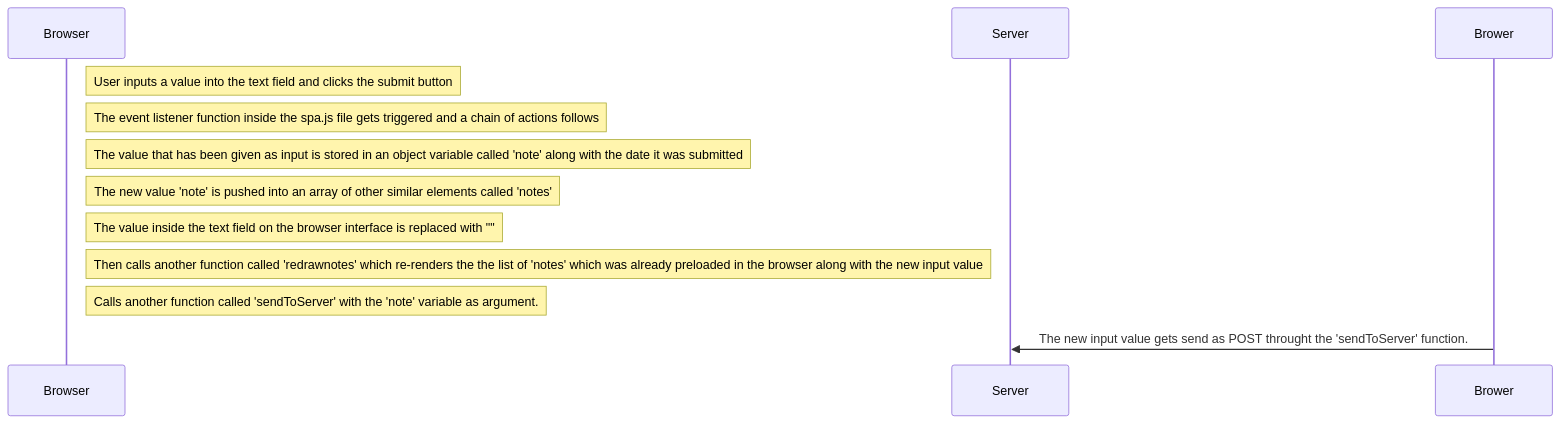
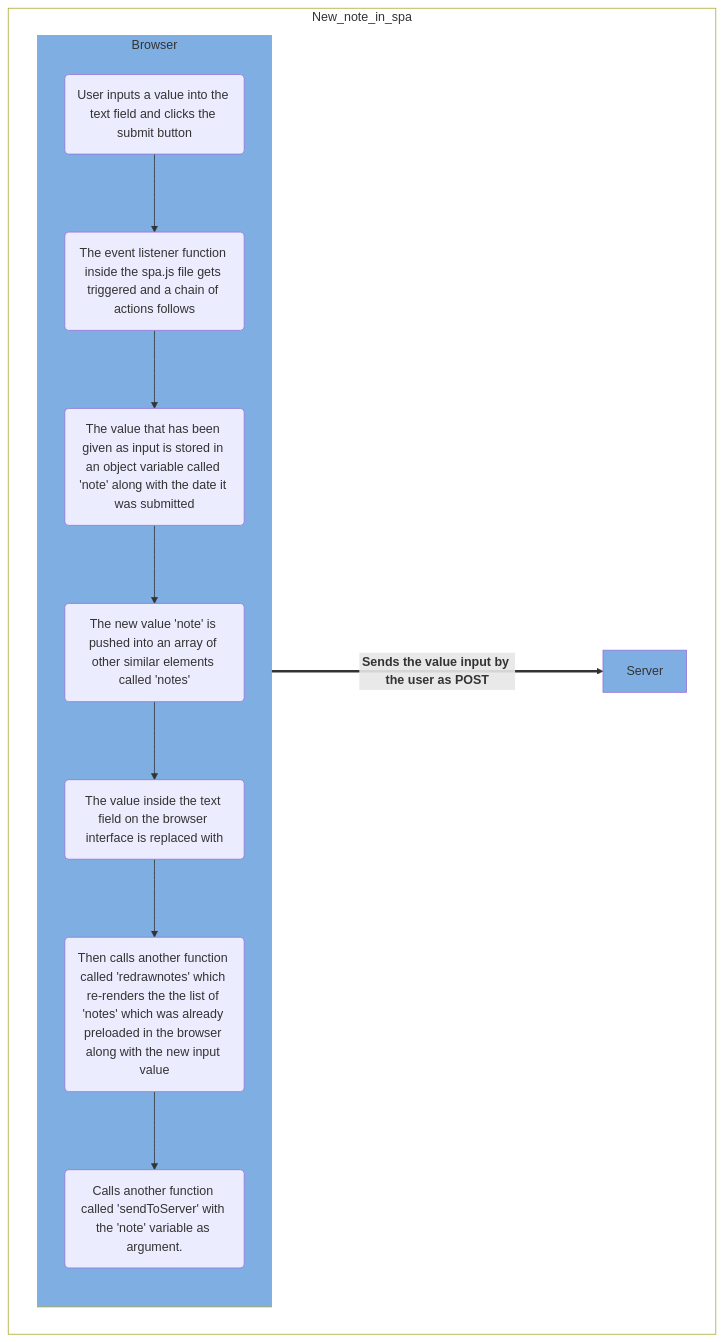
The diagram in part_0/new_note_in_spa_diagram.md (Deepesh2023/full-stack-open), drawn with Mermaid before and after one commit.

Commit message:
new note in spa final flowchart

````diff
--- a/part_0/new_note_in_spa_diagram.md
+++ b/part_0/new_note_in_spa_diagram.md
@@ -1,26 +1,38 @@
 ```mermaid
 
-    sequenceDiagram
+    flowchart
 
-        participant Browser
-        participant Server
+    subgraph Browser
+    direction TB
 
-        Note right of Browser: User inputs a value into the text field and clicks the submit button
+        step1(User inputs a value into the text field and clicks the submit button)
 
-        Note right of Browser: The event listener function inside the spa.js file gets triggered and a chain of actions follows
+        step2(The event listener function inside the spa.js file gets triggered and a chain of actions follows)
 
-        Note right of Browser: The value that has been given as input is stored in an object variable called 'note' along with the date it was submitted
+        step3(The value that has been given as input is stored in an object variable called 'note' along with the date it was submitted)
 
-        Note right of Browser: The new value 'note' is pushed into an array of other similar elements called 'notes'
+        step4(The new value 'note' is pushed into an array of other similar elements called 'notes')
 
-        Note right of Browser: The value inside the text field on the browser interface is replaced with ""
+        step5(The value inside the text field on the browser interface is replaced with "")
 
-        Note right of Browser: Then calls another function called 'redrawnotes' which re-renders the the list of 'notes' which was already preloaded in the browser along with the new input value
+        step6(Then calls another function called 'redrawnotes' which re-renders the the list of 'notes' which was already preloaded in the browser along with the new input value)
 
-        Note right of Browser: Calls another function called 'sendToServer' with the 'note' variable as argument.
+        step7(Calls another function called 'sendToServer' with the 'note' variable as argument.)
 
-        Brower->>Server: The new input value gets send as POST throught the 'sendToServer' function.
+        step1 --> step2 --> step3 --> step4 --> step5 --> step6 --> step7
+    end
+
+    subgraph New_note_in_spa
+    direction LR
+        Browser ====> |"` **Sends the value input by the user as POST** `"| Server
+    end
+
+    style New_note_in_spa fill: #fff
+    style Browser fill: #7faee3
+    style Server fill: #7faee3
+
+
 
 
 
 ```
````
